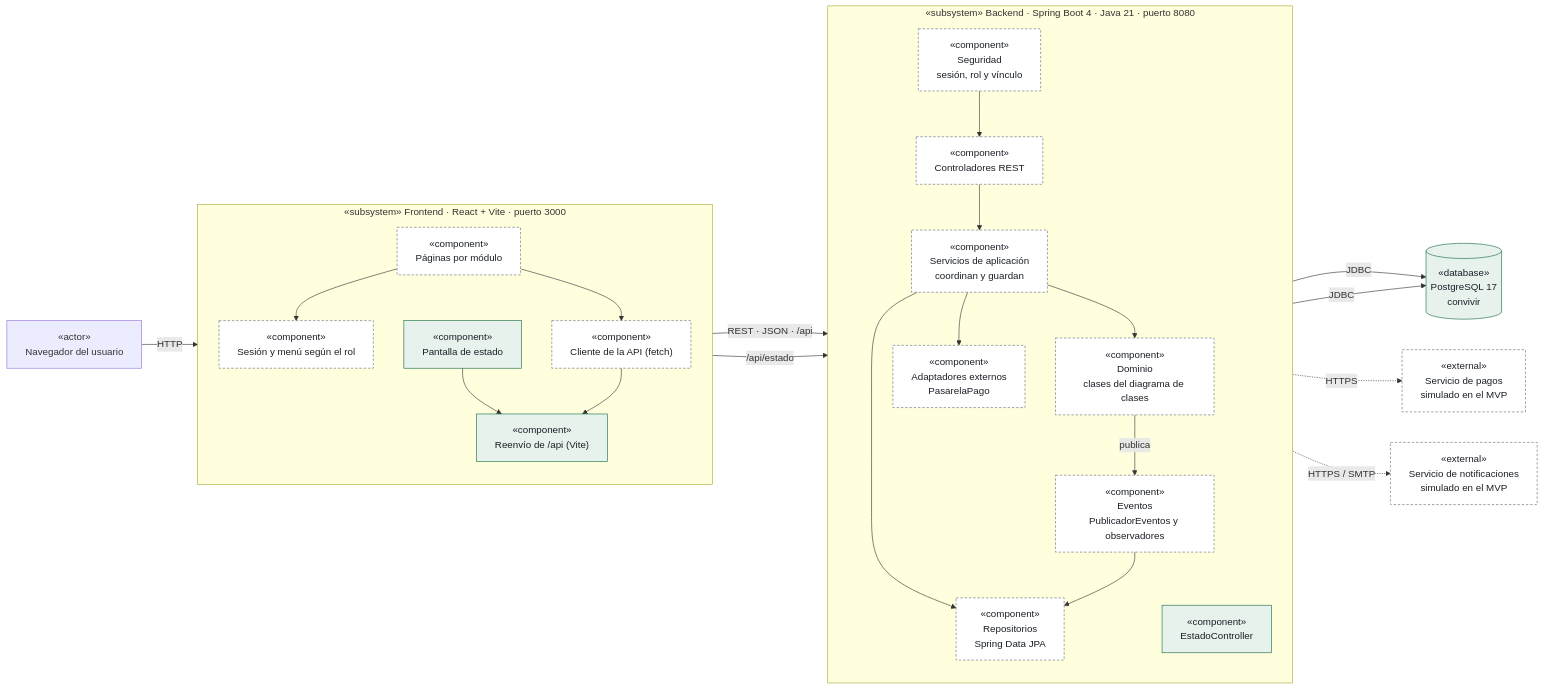
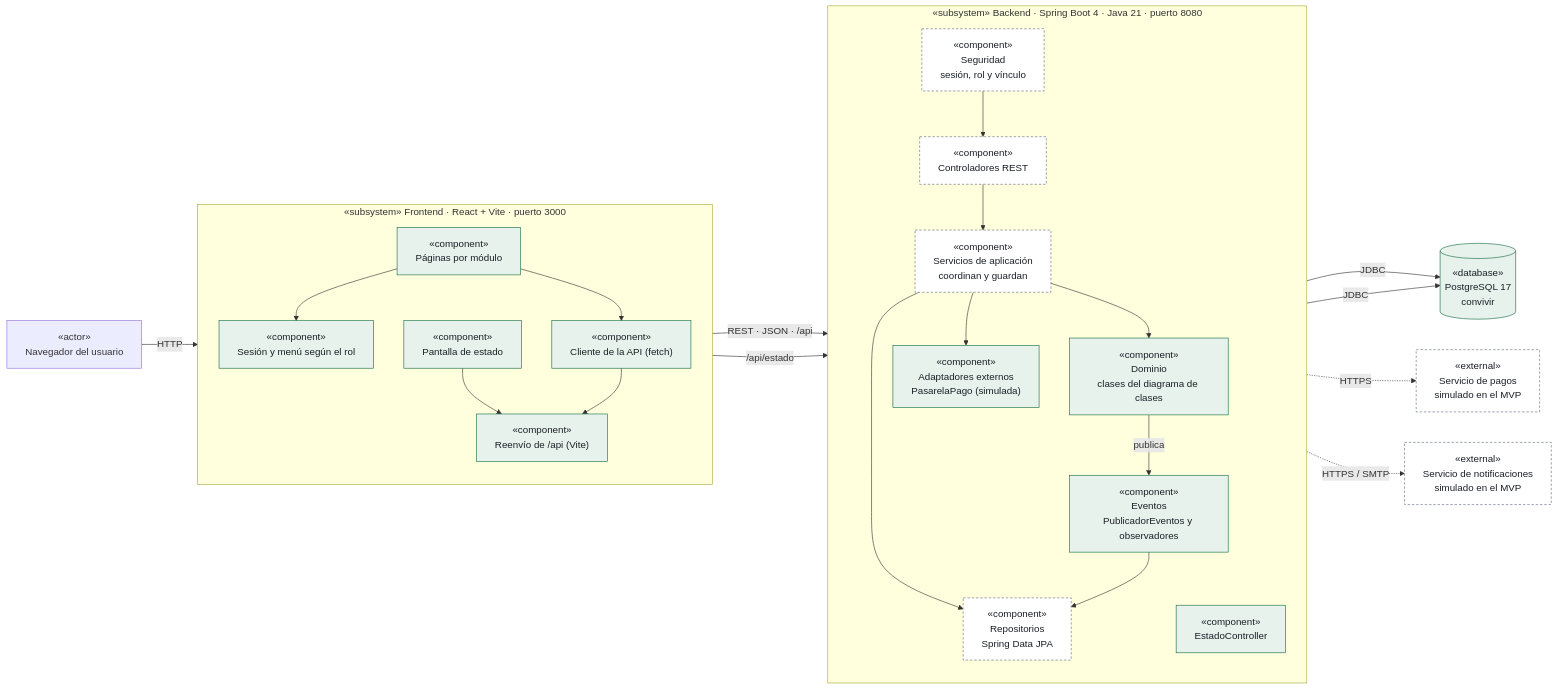
Before and after one commit to EstebanGutierrezPolo/convivir-diagramas: the diagram in fuentes/componentes/01-general.mmd, drawn with Mermaid. The commit also changed 15 other files, not shown here.

Commit message:
docs: align class and sequence diagrams with the backend code

```diff
--- a/fuentes/componentes/01-general.mmd
+++ b/fuentes/componentes/01-general.mmd
@@ -1,51 +1,51 @@
 %% titulo: Componentes del sistema
 %% Verde: ya existe en el código. Línea punteada: por construir.
 flowchart LR
     nav["«actor»<br/>Navegador del usuario"]
 
     subgraph fe["«subsystem» Frontend · React + Vite · puerto 3000"]
         direction TB
-        pag["«component»<br/>Páginas por módulo"]:::pendiente
-        ses["«component»<br/>Sesión y menú según el rol"]:::pendiente
-        cli["«component»<br/>Cliente de la API (fetch)"]:::pendiente
+        pag["«component»<br/>Páginas por módulo"]:::hecho
+        ses["«component»<br/>Sesión y menú según el rol"]:::hecho
+        cli["«component»<br/>Cliente de la API (fetch)"]:::hecho
         est["«component»<br/>Pantalla de estado"]:::hecho
         prox["«component»<br/>Reenvío de /api (Vite)"]:::hecho
     end
 
     subgraph be["«subsystem» Backend · Spring Boot 4 · Java 21 · puerto 8080"]
         direction TB
         seg["«component»<br/>Seguridad<br/>sesión, rol y vínculo"]:::pendiente
         ctl["«component»<br/>Controladores REST"]:::pendiente
         srv["«component»<br/>Servicios de aplicación<br/>coordinan y guardan"]:::pendiente
-        dom["«component»<br/>Dominio<br/>clases del diagrama de clases"]:::pendiente
+        dom["«component»<br/>Dominio<br/>clases del diagrama de clases"]:::hecho
         rep["«component»<br/>Repositorios<br/>Spring Data JPA"]:::pendiente
-        evt["«component»<br/>Eventos<br/>PublicadorEventos y observadores"]:::pendiente
-        ada["«component»<br/>Adaptadores externos<br/>PasarelaPago"]:::pendiente
+        evt["«component»<br/>Eventos<br/>PublicadorEventos y observadores"]:::hecho
+        ada["«component»<br/>Adaptadores externos<br/>PasarelaPago (simulada)"]:::hecho
         ectl["«component»<br/>EstadoController"]:::hecho
     end
 
     db[("«database»<br/>PostgreSQL 17<br/>convivir")]:::hecho
     pas["«external»<br/>Servicio de pagos<br/>simulado en el MVP"]:::pendiente
     noti["«external»<br/>Servicio de notificaciones<br/>simulado en el MVP"]:::pendiente
 
     nav -->|HTTP| pag
     pag --> ses
     pag --> cli
     est --> prox
     cli --> prox
     prox -->|"REST · JSON · /api"| seg
     prox -->|"/api/estado"| ectl
     seg --> ctl
     ctl --> srv
     srv --> dom
     srv --> rep
     dom -->|publica| evt
     srv --> ada
     evt --> rep
     rep -->|JDBC| db
     ectl -->|JDBC| db
     ada -.->|HTTPS| pas
     evt -.->|"HTTPS / SMTP"| noti
 
     classDef hecho fill:#E7F2EC,stroke:#146C43,color:#1A1F26
     classDef pendiente fill:#FFFFFF,stroke:#626C78,color:#1A1F26,stroke-dasharray:4 3
```
